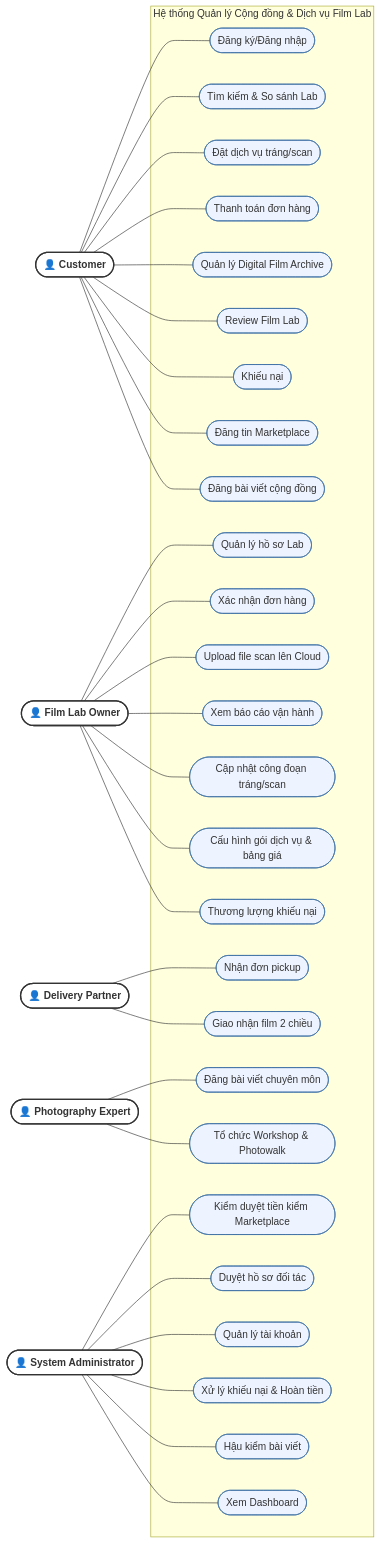
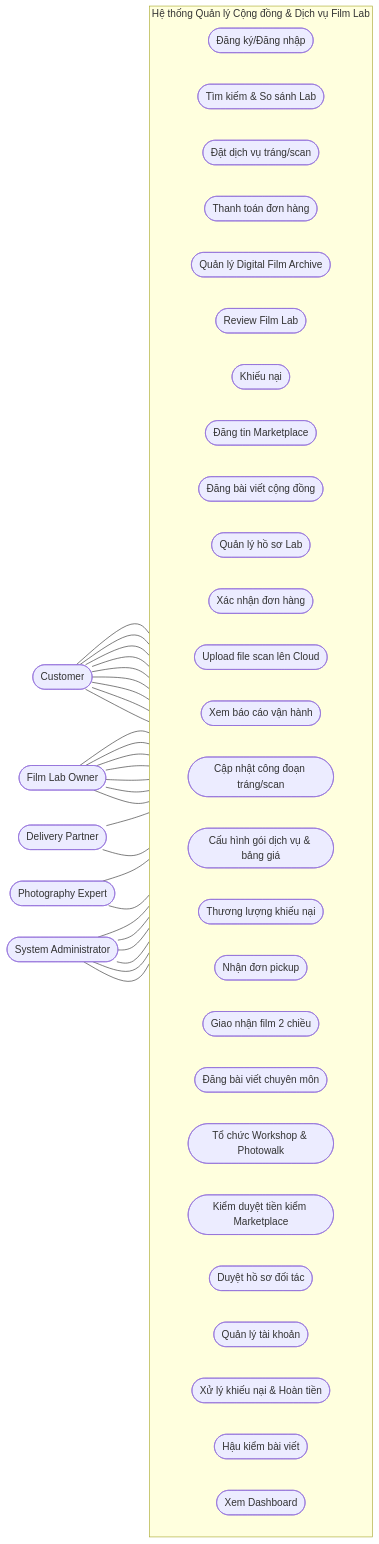
One commit to huylamnhat/Photographer-enthusiastic-environment changed the first of 6 diagrams in doc/week 2/so-do-chuc-nang-nghiep-vu.md. Above: the diagram before and after it, drawn with Mermaid. The commit also changed other lines of this file, not shown here.

Commit message:
Refactor use case diagrams for clarity and consistency

````diff
--- a/doc/week 2/so-do-chuc-nang-nghiep-vu.md
+++ b/doc/week 2/so-do-chuc-nang-nghiep-vu.md
@@ -8,51 +7,50 @@
 ```mermaid
 flowchart LR
-    classDef actor fill:#fff,stroke:#333,stroke-width:2px,font-weight:bold
-    classDef uc fill:#eef4ff,stroke:#3b6ea5
 
-    CUS(["👤 Customer"]):::actor
-    EXP(["👤 Photography Expert"]):::actor
-    LAB(["👤 Film Lab Owner"]):::actor
-    DEL(["👤 Delivery Partner"]):::actor
-    ADM(["👤 System Administrator"]):::actor
+    CUS([" Customer"])
+    EXP([" Photography Expert"])
+    LAB([" Film Lab Owner"])
+    DEL([" Delivery Partner"])
+    ADM([" System Administrator"])
 
     subgraph SYS["Hệ thống Quản lý Cộng đồng & Dịch vụ Film Lab"]
+        direction LR
         %% Customer
-        C1(["Đăng ký/Đăng nhập"]):::uc
-        C2(["Tìm kiếm & So sánh Lab"]):::uc
-        C3(["Đặt dịch vụ tráng/scan"]):::uc
-        C4(["Thanh toán đơn hàng"]):::uc
-        C5(["Quản lý Digital Film Archive"]):::uc
-        C6(["Review Film Lab"]):::uc
-        C7(["Khiếu nại"]):::uc
-        C8(["Đăng tin Marketplace"]):::uc
-        C9(["Đăng bài viết cộng đồng"]):::uc
+        C1(["Đăng ký/Đăng nhập"])
+        C2(["Tìm kiếm & So sánh Lab"])
+        C3(["Đặt dịch vụ tráng/scan"])
+        C4(["Thanh toán đơn hàng"])
+        C5(["Quản lý Digital Film Archive"])
+        C6(["Review Film Lab"])
+        C7(["Khiếu nại"])
+        C8(["Đăng tin Marketplace"])
+        C9(["Đăng bài viết cộng đồng"])
         %% Film Lab Owner
-        L1(["Quản lý hồ sơ Lab"]):::uc
-        L2(["Xác nhận đơn hàng"]):::uc
-        L3(["Upload file scan lên Cloud"]):::uc
-        L4(["Xem báo cáo vận hành"]):::uc
-        L5(["Cập nhật công đoạn tráng/scan"]):::uc
-        L6(["Cấu hình gói dịch vụ & bảng giá"]):::uc
-        L7(["Thương lượng khiếu nại"]):::uc
+        L1(["Quản lý hồ sơ Lab"])
+        L2(["Xác nhận đơn hàng"])
+        L3(["Upload file scan lên Cloud"])
+        L4(["Xem báo cáo vận hành"])
+        L5(["Cập nhật công đoạn tráng/scan"])
+        L6(["Cấu hình gói dịch vụ & bảng giá"])
+        L7(["Thương lượng khiếu nại"])
         %% Delivery Partner
-        D1(["Nhận đơn pickup"]):::uc
-        D2(["Giao nhận film 2 chiều"]):::uc
+        D1(["Nhận đơn pickup"])
+        D2(["Giao nhận film 2 chiều"])
         %% Photography Expert
-        E1(["Đăng bài viết chuyên môn"]):::uc
-        E2(["Tổ chức Workshop & Photowalk"]):::uc
+        E1(["Đăng bài viết chuyên môn"])
+        E2(["Tổ chức Workshop & Photowalk"])
         %% System Administrator
-        A1(["Kiểm duyệt tiền kiểm Marketplace"]):::uc
-        A2(["Duyệt hồ sơ đối tác"]):::uc
-        A3(["Quản lý tài khoản"]):::uc
-        A4(["Xử lý khiếu nại & Hoàn tiền"]):::uc
-        A5(["Hậu kiểm bài viết"]):::uc
-        A6(["Xem Dashboard"]):::uc
+        A1(["Kiểm duyệt tiền kiểm Marketplace"])
+        A2(["Duyệt hồ sơ đối tác"])
+        A3(["Quản lý tài khoản"])
+        A4(["Xử lý khiếu nại & Hoàn tiền"])
+        A5(["Hậu kiểm bài viết"])
+        A6(["Xem Dashboard"])
     end
 
     CUS --- C1 & C2 & C3 & C4 & C5 & C6 & C7 & C8 & C9
     LAB --- L1 & L2 & L3 & L4 & L5 & L6 & L7
     DEL --- D1 & D2
     EXP --- E1 & E2
     ADM --- A1 & A2 & A3 & A4 & A5 & A6
 ```
````
